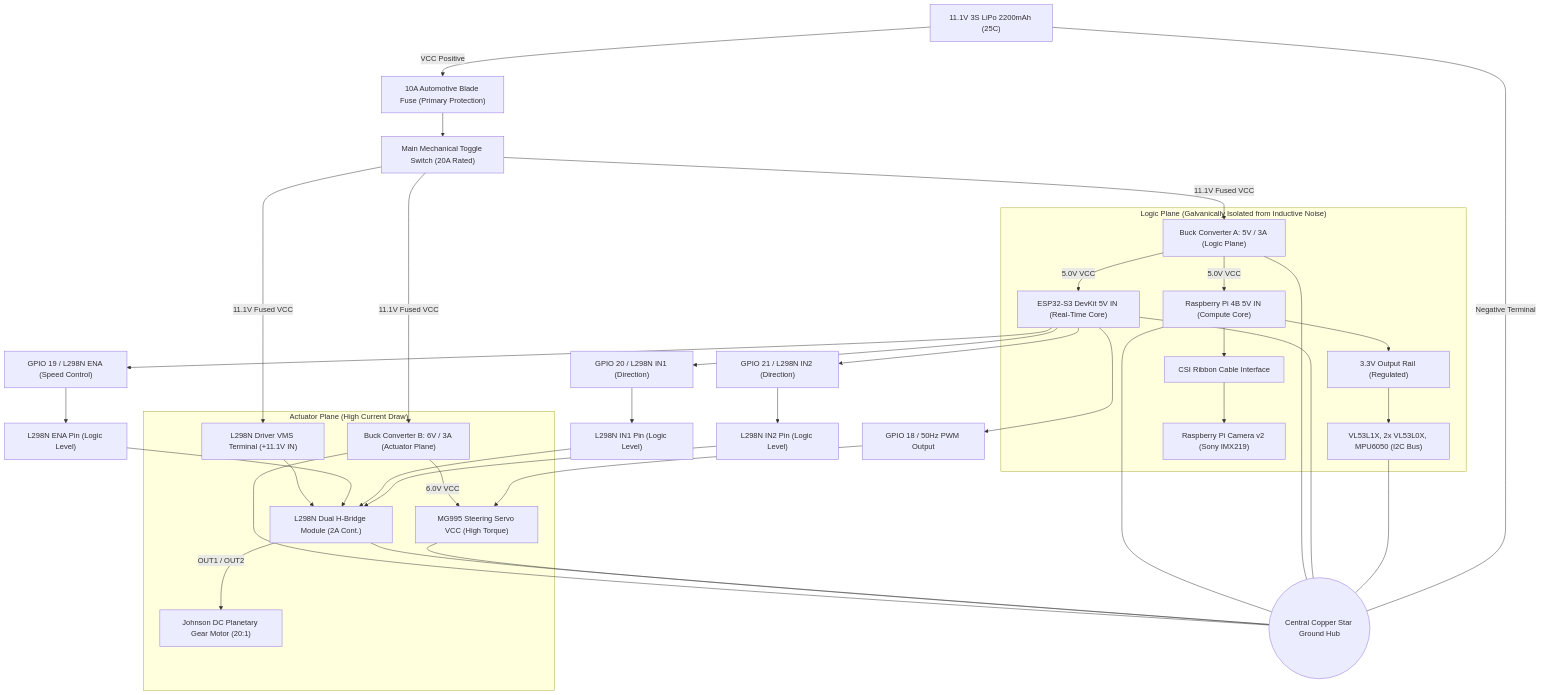
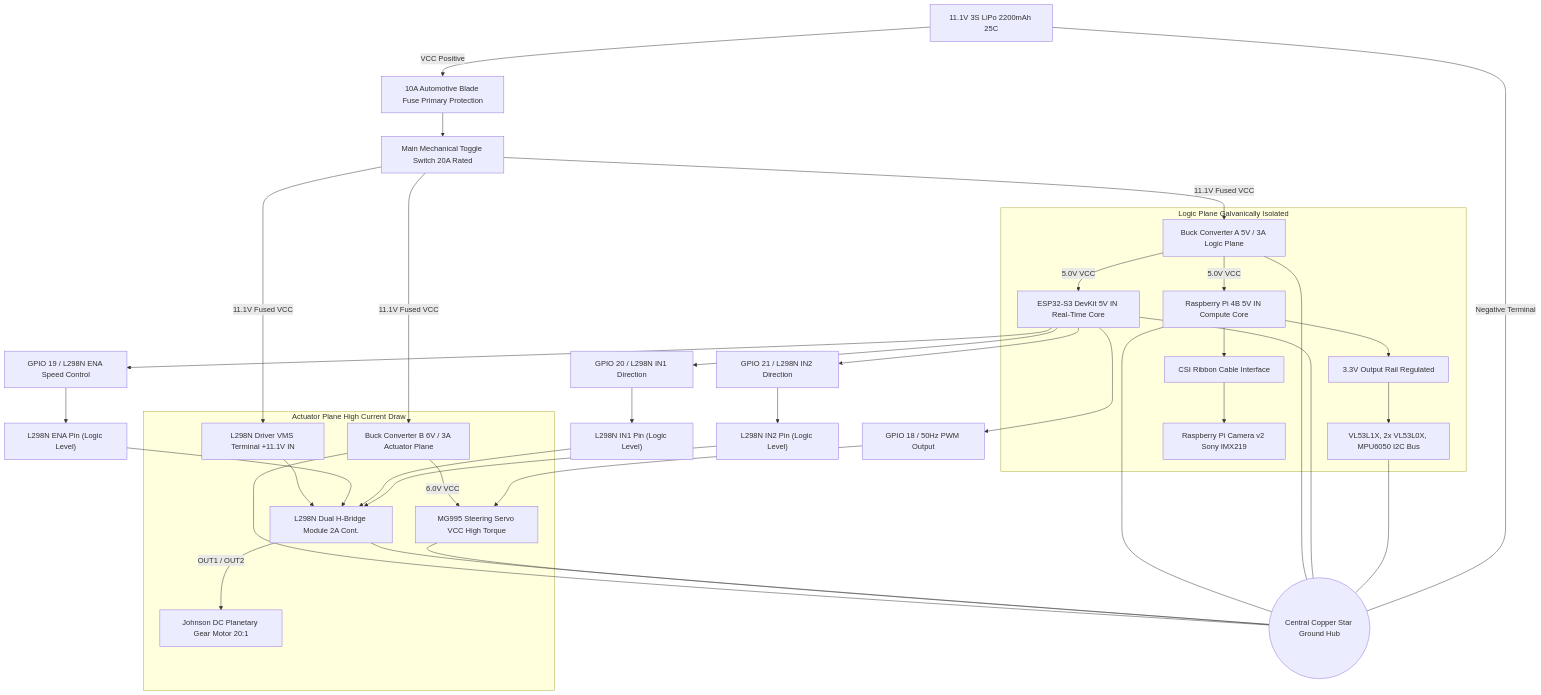
The first of 2 diagrams in docs/05_reproducibility.md (SHRUT6633/car), drawn with Mermaid before and after one commit. The commit also changed 3 other files, not shown here.

Commit message:
Fix Mermaid diagram edge label syntax by wrapping special characters in double quotes across all docs

````diff
--- a/docs/05_reproducibility.md
+++ b/docs/05_reproducibility.md
@@ -97,56 +97,56 @@
 ```mermaid
 graph TD
     %% Battery and Switchgear
-    BATT["11.1V 3S LiPo 2200mAh (25C)"] -->|VCC Positive| FUSE["10A Automotive Blade Fuse (Primary Protection)"]
-    FUSE --> SW["Main Mechanical Toggle Switch (20A Rated)"]
+    BATT["11.1V 3S LiPo 2200mAh 25C"] -->|"VCC Positive"| FUSE["10A Automotive Blade Fuse Primary Protection"]
+    FUSE --> SW["Main Mechanical Toggle Switch 20A Rated"]
     
     %% Switched Power Split
-    SW -->|11.1V Fused VCC| BUCK_A["Buck Converter A: 5V / 3A (Logic Plane)"]
-    SW -->|11.1V Fused VCC| BUCK_B["Buck Converter B: 6V / 3A (Actuator Plane)"]
-    SW -->|11.1V Fused VCC| L298N_VMS["L298N Driver VMS Terminal (+11.1V IN)"]
+    SW -->|"11.1V Fused VCC"| BUCK_A["Buck Converter A 5V / 3A Logic Plane"]
+    SW -->|"11.1V Fused VCC"| BUCK_B["Buck Converter B 6V / 3A Actuator Plane"]
+    SW -->|"11.1V Fused VCC"| L298N_VMS["L298N Driver VMS Terminal +11.1V IN"]
     
     %% Logic Plane
-    subgraph Logic_Plane ["Logic Plane (Galvanically Isolated from Inductive Noise)"]
-        BUCK_A -->|5.0V VCC| RPI["Raspberry Pi 4B 5V IN (Compute Core)"]
-        BUCK_A -->|5.0V VCC| ESP["ESP32-S3 DevKit 5V IN (Real-Time Core)"]
+    subgraph Logic_Plane ["Logic Plane Galvanically Isolated"]
+        BUCK_A -->|"5.0V VCC"| RPI["Raspberry Pi 4B 5V IN Compute Core"]
+        BUCK_A -->|"5.0V VCC"| ESP["ESP32-S3 DevKit 5V IN Real-Time Core"]
         
-        RPI --> RPI_3V3["3.3V Output Rail (Regulated)"]
+        RPI --> RPI_3V3["3.3V Output Rail Regulated"]
         RPI --> RPI_CSI["CSI Ribbon Cable Interface"]
         
-        RPI_3V3 --> SENSORS["VL53L1X, 2x VL53L0X, MPU6050 (I2C Bus)"]
-        RPI_CSI --> CAM["Raspberry Pi Camera v2 (Sony IMX219)"]
+        RPI_3V3 --> SENSORS["VL53L1X, 2x VL53L0X, MPU6050 I2C Bus"]
+        RPI_CSI --> CAM["Raspberry Pi Camera v2 Sony IMX219"]
     end
     
     %% ESP32 Output Pins
     ESP --> GPIO18["GPIO 18 / 50Hz PWM Output"]
-    ESP --> GPIO19["GPIO 19 / L298N ENA (Speed Control)"]
-    ESP --> GPIO20["GPIO 20 / L298N IN1 (Direction)"]
-    ESP --> GPIO21["GPIO 21 / L298N IN2 (Direction)"]
+    ESP --> GPIO19["GPIO 19 / L298N ENA Speed Control"]
+    ESP --> GPIO20["GPIO 20 / L298N IN1 Direction"]
+    ESP --> GPIO21["GPIO 21 / L298N IN2 Direction"]
     
     %% Actuator Plane
-    subgraph Actuator_Plane ["Actuator Plane (High Current Draw)"]
-        BUCK_B -->|6.0V VCC| SERVO["MG995 Steering Servo VCC (High Torque)"]
-        L298N_VMS --> L298N_MOD["L298N Dual H-Bridge Module (2A Cont.)"]
-        L298N_MOD -->|OUT1 / OUT2| MOTOR["Johnson DC Planetary Gear Motor (20:1)"]
+    subgraph Actuator_Plane ["Actuator Plane High Current Draw"]
+        BUCK_B -->|"6.0V VCC"| SERVO["MG995 Steering Servo VCC High Torque"]
+        L298N_VMS --> L298N_MOD["L298N Dual H-Bridge Module 2A Cont."]
+        L298N_MOD -->|"OUT1 / OUT2"| MOTOR["Johnson DC Planetary Gear Motor 20:1"]
     end
 
     %% Signal Connections
     GPIO18 --> SERVO
     GPIO19 --> L298N_ENA["L298N ENA Pin (Logic Level)"]
     GPIO20 --> L298N_IN1["L298N IN1 Pin (Logic Level)"]
     GPIO21 --> L298N_IN2["L298N IN2 Pin (Logic Level)"]
     
     L298N_ENA --> L298N_MOD
     L298N_IN1 --> L298N_MOD
     L298N_IN2 --> L298N_MOD
     
     %% Star Ground Hub
     RPI --- STAR((Central Copper Star Ground Hub))
     BUCK_A --- STAR
     ESP --- STAR
     SENSORS --- STAR
     BUCK_B --- STAR
     SERVO --- STAR
     L298N_MOD --- STAR
     BATT ---|Negative Terminal| STAR
 ```
````
